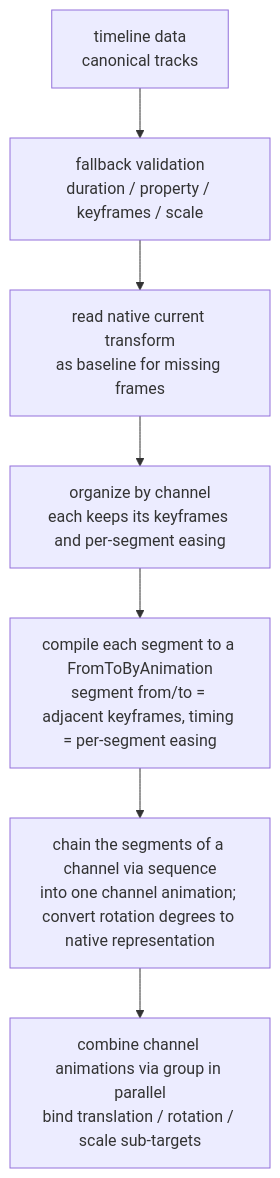
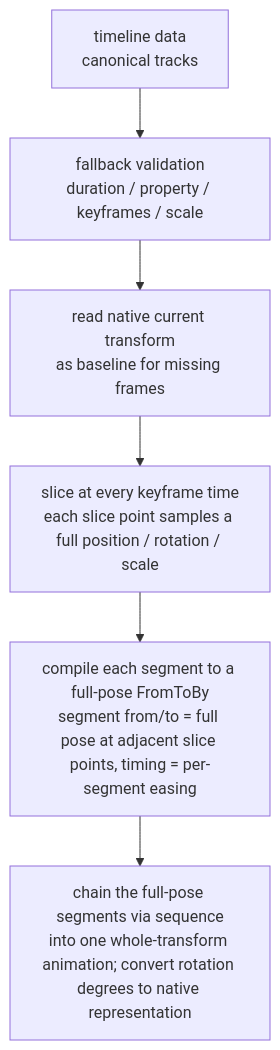
The fourth of 11 diagrams in openspec/changes/redesign-entity-motion-api/design.md (webspatial/webspatial-sdk), drawn with Mermaid before and after one commit. The commit also changed other lines of this file and 3 other files, not shown here.

````diff
--- a/openspec/changes/redesign-entity-motion-api/design.md
+++ b/openspec/changes/redesign-entity-motion-api/design.md
@@ -426,17 +426,15 @@
 ```mermaid
 flowchart TB
     Payload["timeline data<br/>canonical tracks"]
     Validate["fallback validation<br/>duration / property / keyframes / scale"]
     Snapshot["read native current transform<br/>as baseline for missing frames"]
-    Channels["organize by channel<br/>each keeps its keyframes and per-segment easing"]
-    Segment["compile each segment to a FromToByAnimation<br/>segment from/to = adjacent keyframes, timing = per-segment easing"]
-    Seq["chain the segments of a channel via sequence<br/>into one channel animation; convert rotation degrees to native representation"]
-    Group["combine channel animations via group in parallel<br/>bind translation / rotation / scale sub-targets"]
+    Slice["slice at every keyframe time<br/>each slice point samples a full position / rotation / scale"]
+    Segment["compile each segment to a full-pose FromToBy<br/>segment from/to = full pose at adjacent slice points, timing = per-segment easing"]
+    Seq["chain the full-pose segments via sequence<br/>into one whole-transform animation; convert rotation degrees to native representation"]
 
     Payload --> Validate
     Validate --> Snapshot
-    Snapshot --> Channels
-    Channels --> Segment
+    Snapshot --> Slice
+    Slice --> Segment
     Segment --> Seq
-    Seq --> Group
 ```
````
